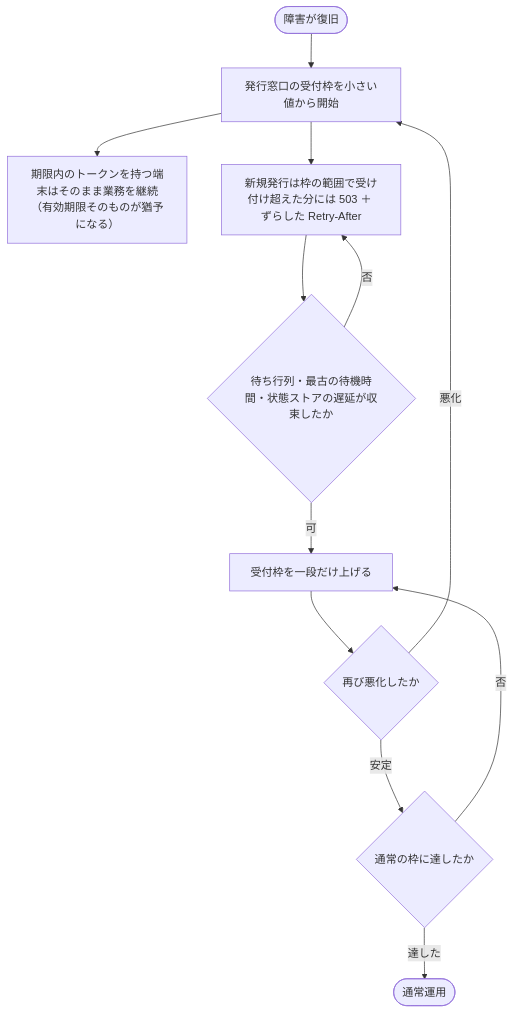
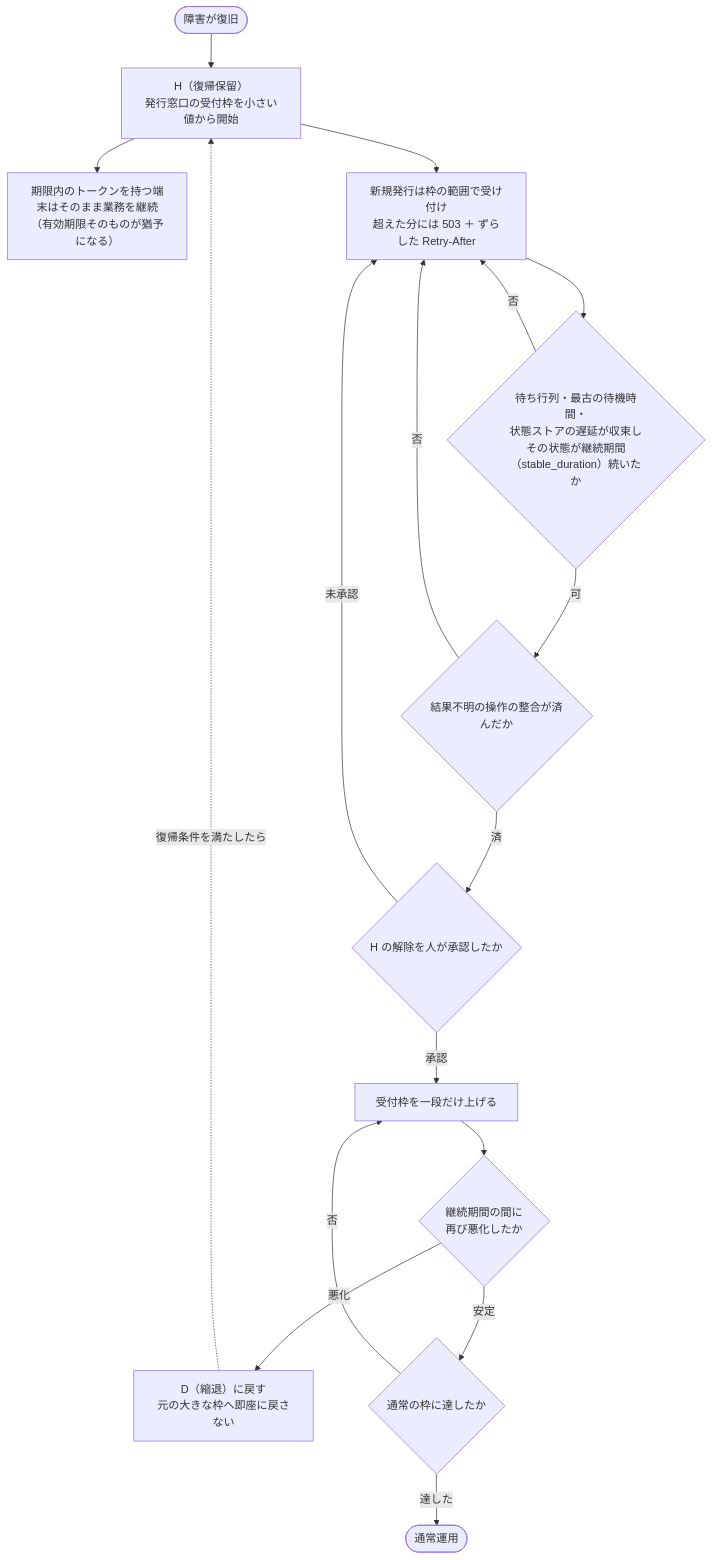
The third of 3 diagrams in note/08_セキュリティ/動的API トラフィック対策.md (M-Tokun/NRA-IDE), drawn with Mermaid before and after one commit. The commit also changed other lines of this file and 4 other files, not shown here.

````diff
--- a/note/08_セキュリティ/動的API トラフィック対策.md
+++ b/note/08_セキュリティ/動的API トラフィック対策.md
@@ -94,15 +83,19 @@
 ```mermaid
 flowchart TD
-  O0(["障害が復旧"]) --> O1["発行窓口の受付枠を小さい値から開始"]
-  O1 --> O2["期限内のトークンを持つ端末はそのまま業務を継続（有効期限そのものが猶予になる）"]
-  O1 --> O3["新規発行は枠の範囲で受け付け超えた分には 503 ＋ ずらした Retry-After"]
-  O3 --> O4{"待ち行列・最古の待機時間・状態ストアの遅延が収束したか"}
+  O0(["障害が復旧"]) --> O1["H（復帰保留）<br/>発行窓口の受付枠を小さい値から開始"]
+  O1 --> O2["期限内のトークンを持つ端末はそのまま業務を継続<br/>（有効期限そのものが猶予になる）"]
+  O1 --> O3["新規発行は枠の範囲で受け付け<br/>超えた分には 503 ＋ ずらした Retry-After"]
+  O3 --> O4{"待ち行列・最古の待機時間・<br/>状態ストアの遅延が収束し<br/>その状態が継続期間（stable_duration）続いたか"}
   O4 -- "否" --> O3
-  O4 -- "可" --> O5["受付枠を一段だけ上げる"]
-  O5 --> O6{"再び悪化したか"}
-  O6 -- "悪化" --> O1
+  O4 -- "可" --> O4B{"結果不明の操作の整合が済んだか"}
+  O4B -- "否" --> O3
+  O4B -- "済" --> O4C{"H の解除を人が承認したか"}
+  O4C -- "未承認" --> O3
+  O4C -- "承認" --> O5["受付枠を一段だけ上げる"]
+  O5 --> O6{"継続期間の間に<br/>再び悪化したか"}
+  O6 -- "悪化" --> OD["D（縮退）に戻す<br/>元の大きな枠へ即座に戻さない"]
+  OD -. "復帰条件を満たしたら" .-> O1
   O6 -- "安定" --> O7{"通常の枠に達したか"}
   O7 -- "否" --> O5
   O7 -- "達した" --> DONE(["通常運用"])
-  
 ```
````
